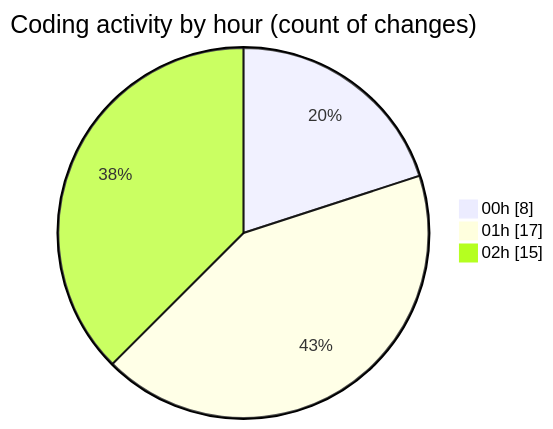
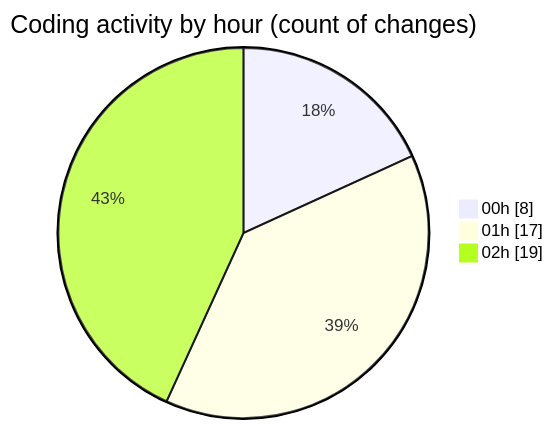
Before and after one commit to Elitesun/code-tracking: the second of 2 diagrams in 2025-05-02/niten/README.md, drawn with Mermaid. The commit also changed other lines of this file and 1 other file, not shown here.

````diff
--- a/2025-05-02/niten/README.md
+++ b/2025-05-02/niten/README.md
@@ -43,7 +44,7 @@
 ```mermaid
 pie showData
 title Coding activity by hour (count of changes)
 "00h" : 8
 "01h" : 17
-"02h" : 15
+"02h" : 19
 ```
````
